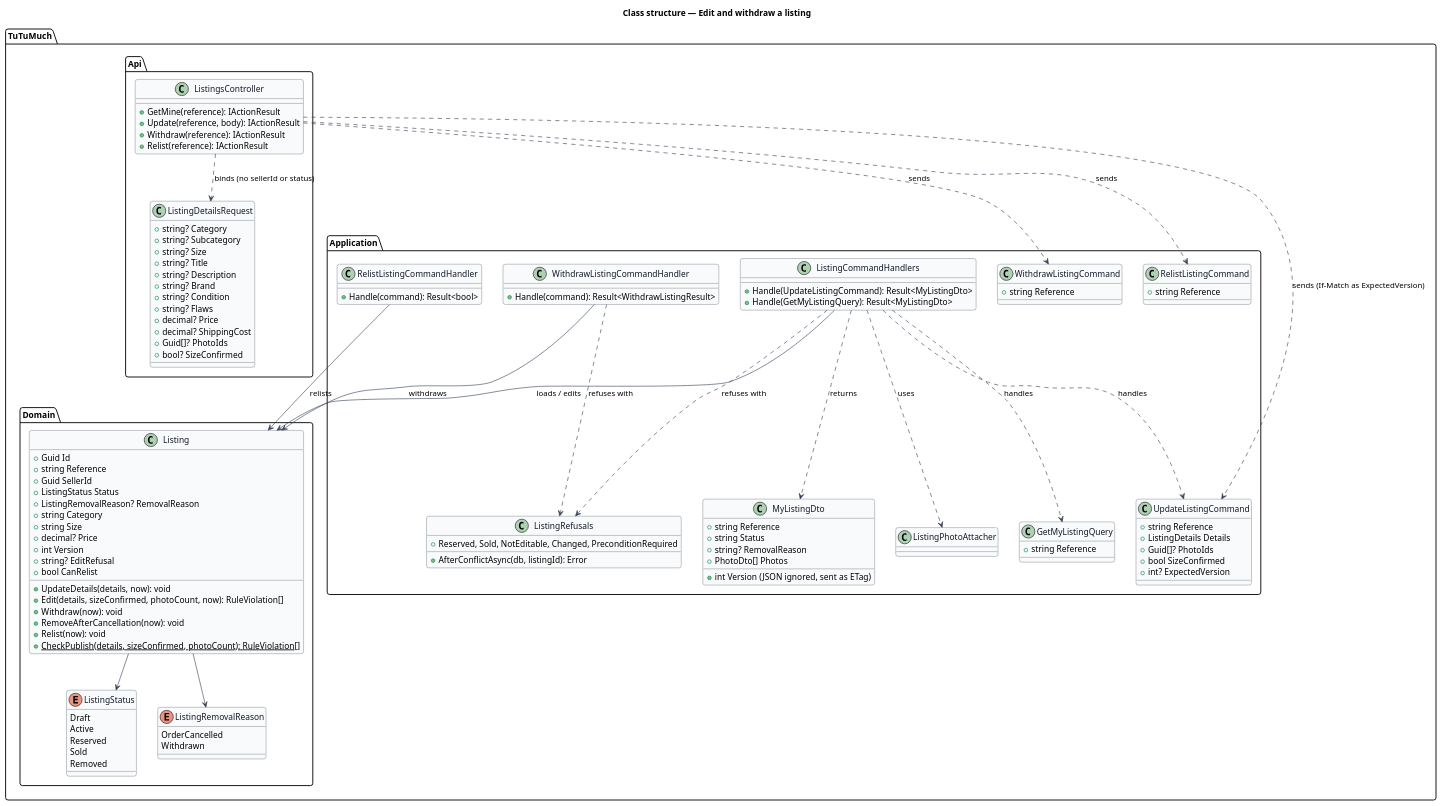
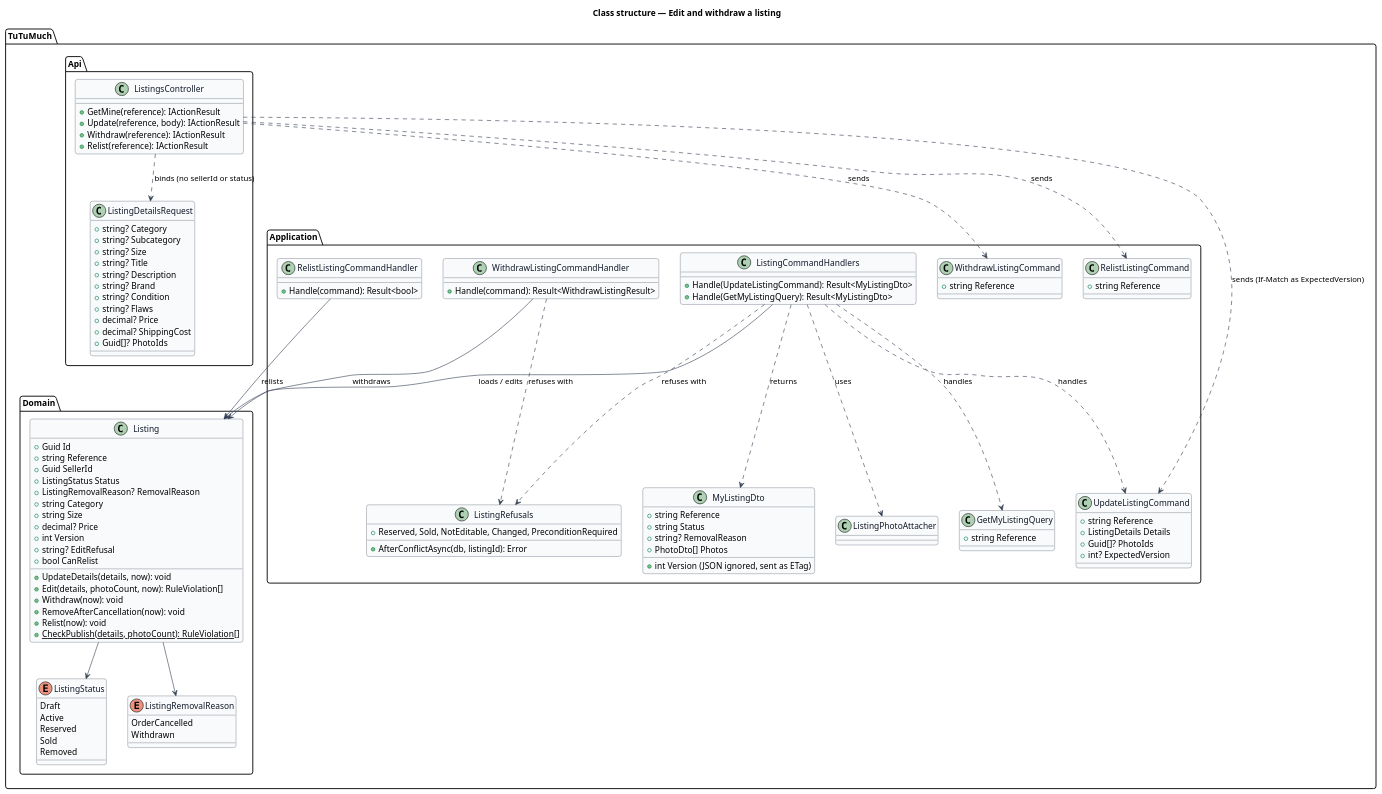
The diagram in docs/detailed-designs/listings/edit-and-withdraw-listing/diagrams/class-structure.puml (QuinntyneBrown/tutumuch), drawn with PlantUML before and after one commit. The commit also changed 123 other files, not shown here.

```diff
--- a/docs/detailed-designs/listings/edit-and-withdraw-listing/diagrams/class-structure.puml
+++ b/docs/detailed-designs/listings/edit-and-withdraw-listing/diagrams/class-structure.puml
@@ -1,126 +1,124 @@
 @startuml
 skinparam backgroundColor #FFFFFF
 skinparam shadowing false
 skinparam roundcorner 8
 skinparam defaultFontName Arial
 skinparam ArrowColor #344054
 skinparam class {
   BorderColor #344054
   FontColor #101828
   BackgroundColor #F9FAFB
 }
 title Class structure — Edit and withdraw a listing
 
 package "TuTuMuch.Domain" {
   enum ListingStatus {
     Draft
     Active
     Reserved
     Sold
     Removed
   }
   enum ListingRemovalReason {
     OrderCancelled
     Withdrawn
   }
   class Listing {
     +Guid Id
     +string Reference
     +Guid SellerId
     +ListingStatus Status
     +ListingRemovalReason? RemovalReason
     +string Category
     +string Size
     +decimal? Price
     +int Version
     +string? EditRefusal
     +bool CanRelist
     +UpdateDetails(details, now): void
-    +Edit(details, sizeConfirmed, photoCount, now): RuleViolation[]
+    +Edit(details, photoCount, now): RuleViolation[]
     +Withdraw(now): void
     +RemoveAfterCancellation(now): void
     +Relist(now): void
-    +{static} CheckPublish(details, sizeConfirmed, photoCount): RuleViolation[]
+    +{static} CheckPublish(details, photoCount): RuleViolation[]
   }
 }
 
 package "TuTuMuch.Application" {
   class GetMyListingQuery {
     +string Reference
   }
   class MyListingDto {
     +string Reference
     +string Status
     +string? RemovalReason
     +PhotoDto[] Photos
     +int Version (JSON ignored, sent as ETag)
   }
   class UpdateListingCommand {
     +string Reference
     +ListingDetails Details
     +Guid[]? PhotoIds
-    +bool SizeConfirmed
     +int? ExpectedVersion
   }
   class WithdrawListingCommand {
     +string Reference
   }
   class RelistListingCommand {
     +string Reference
   }
   class ListingCommandHandlers {
     +Handle(UpdateListingCommand): Result<MyListingDto>
     +Handle(GetMyListingQuery): Result<MyListingDto>
   }
   class WithdrawListingCommandHandler {
     +Handle(command): Result<WithdrawListingResult>
   }
   class RelistListingCommandHandler {
     +Handle(command): Result<bool>
   }
   class ListingRefusals {
     +Reserved, Sold, NotEditable, Changed, PreconditionRequired
     +AfterConflictAsync(db, listingId): Error
   }
   class ListingPhotoAttacher
 }
 
 package "TuTuMuch.Api" {
   class ListingsController {
     +GetMine(reference): IActionResult
     +Update(reference, body): IActionResult
     +Withdraw(reference): IActionResult
     +Relist(reference): IActionResult
   }
   class ListingDetailsRequest {
     +string? Category
     +string? Subcategory
     +string? Size
     +string? Title
     +string? Description
     +string? Brand
     +string? Condition
     +string? Flaws
     +decimal? Price
     +decimal? ShippingCost
     +Guid[]? PhotoIds
-    +bool? SizeConfirmed
   }
 }
 
 ListingsController ..> ListingDetailsRequest : binds (no sellerId or status)
 ListingsController ..> UpdateListingCommand : sends (If-Match as ExpectedVersion)
 ListingsController ..> WithdrawListingCommand : sends
 ListingsController ..> RelistListingCommand : sends
 ListingCommandHandlers ..> UpdateListingCommand : handles
 ListingCommandHandlers ..> GetMyListingQuery : handles
 ListingCommandHandlers --> Listing : loads / edits
 ListingCommandHandlers ..> ListingPhotoAttacher : uses
 ListingCommandHandlers ..> ListingRefusals : refuses with
 WithdrawListingCommandHandler --> Listing : withdraws
 WithdrawListingCommandHandler ..> ListingRefusals : refuses with
 RelistListingCommandHandler --> Listing : relists
 Listing --> ListingStatus
 Listing --> ListingRemovalReason
 ListingCommandHandlers ..> MyListingDto : returns
 @enduml
```
